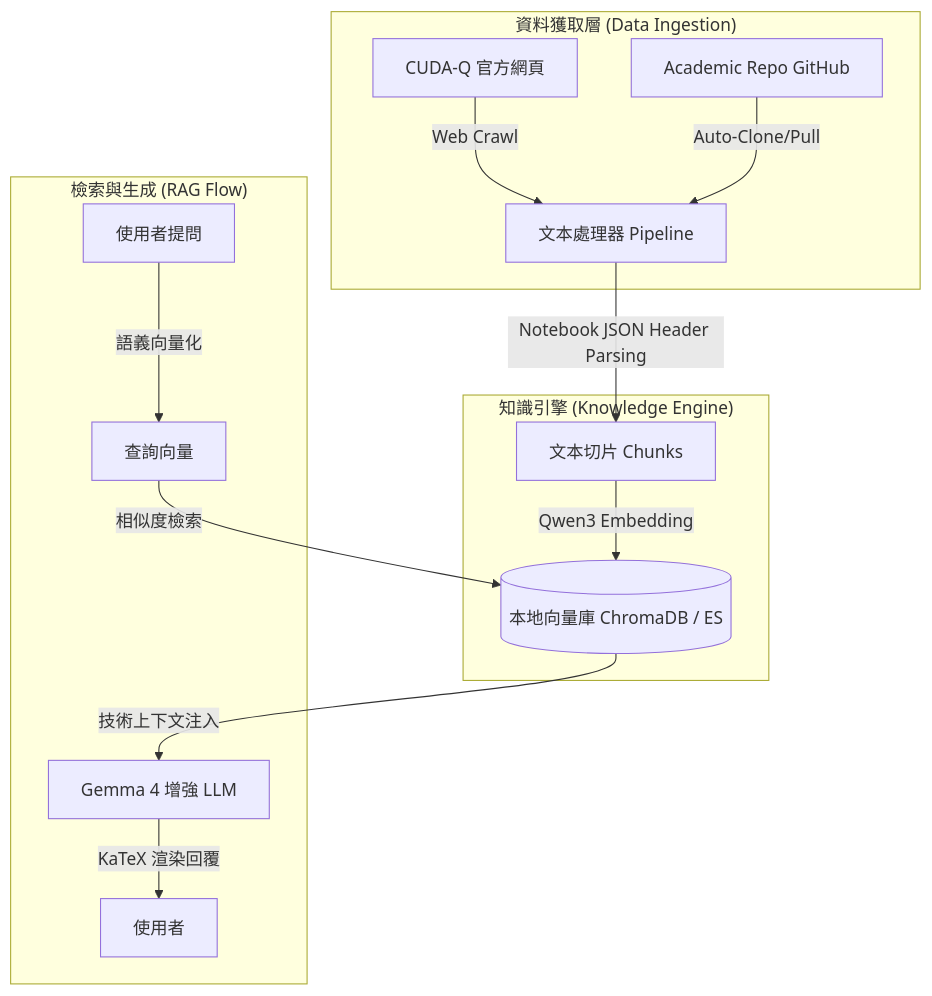
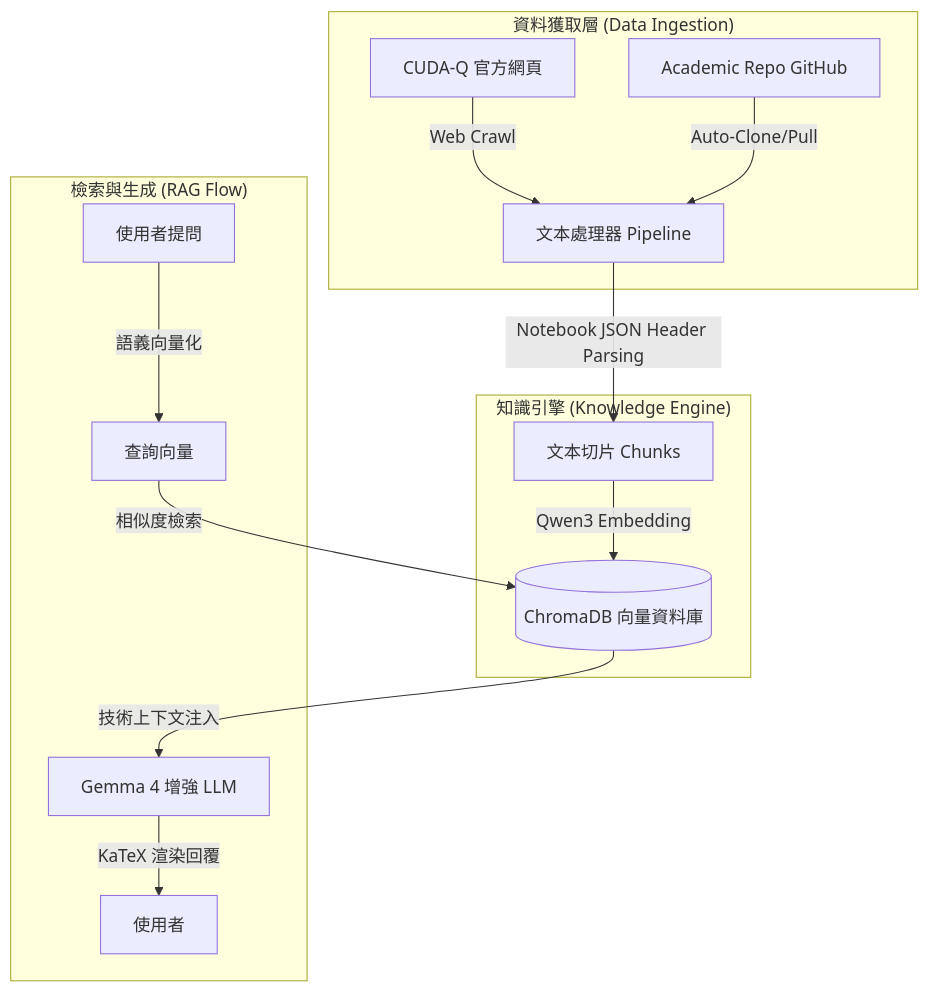
The diagram in readme.md (pinchiu/cudaq-rag-for-school), drawn with Mermaid before and after one commit. The commit also changed other lines of this file and 1 other file, not shown here.

````diff
--- a/readme.md
+++ b/readme.md
@@ -15,19 +15,19 @@
 ```mermaid
 graph TD
     subgraph "資料獲取層 (Data Ingestion)"
         W[CUDA-Q 官方網頁] -->|Web Crawl| P
         A[Academic Repo GitHub] -->|Auto-Clone/Pull| P[文本處理器 Pipeline]
     end
     
     subgraph "知識引擎 (Knowledge Engine)"
         P -->|Notebook JSON Header Parsing| S[文本切片 Chunks]
-        S -->|Qwen3 Embedding| V[(本地向量庫 ChromaDB / ES)]
+        S -->|Qwen3 Embedding| V[(ChromaDB 向量資料庫)]
     end
     
     subgraph "檢索與生成 (RAG Flow)"
         U[使用者提問] -->|語義向量化| Q[查詢向量]
         Q -->|相似度檢索| V
         V -->|技術上下文注入| L[Gemma 4 增強 LLM]
         L -->|KaTeX 渲染回覆| Output[使用者]
     end
 ```
````
